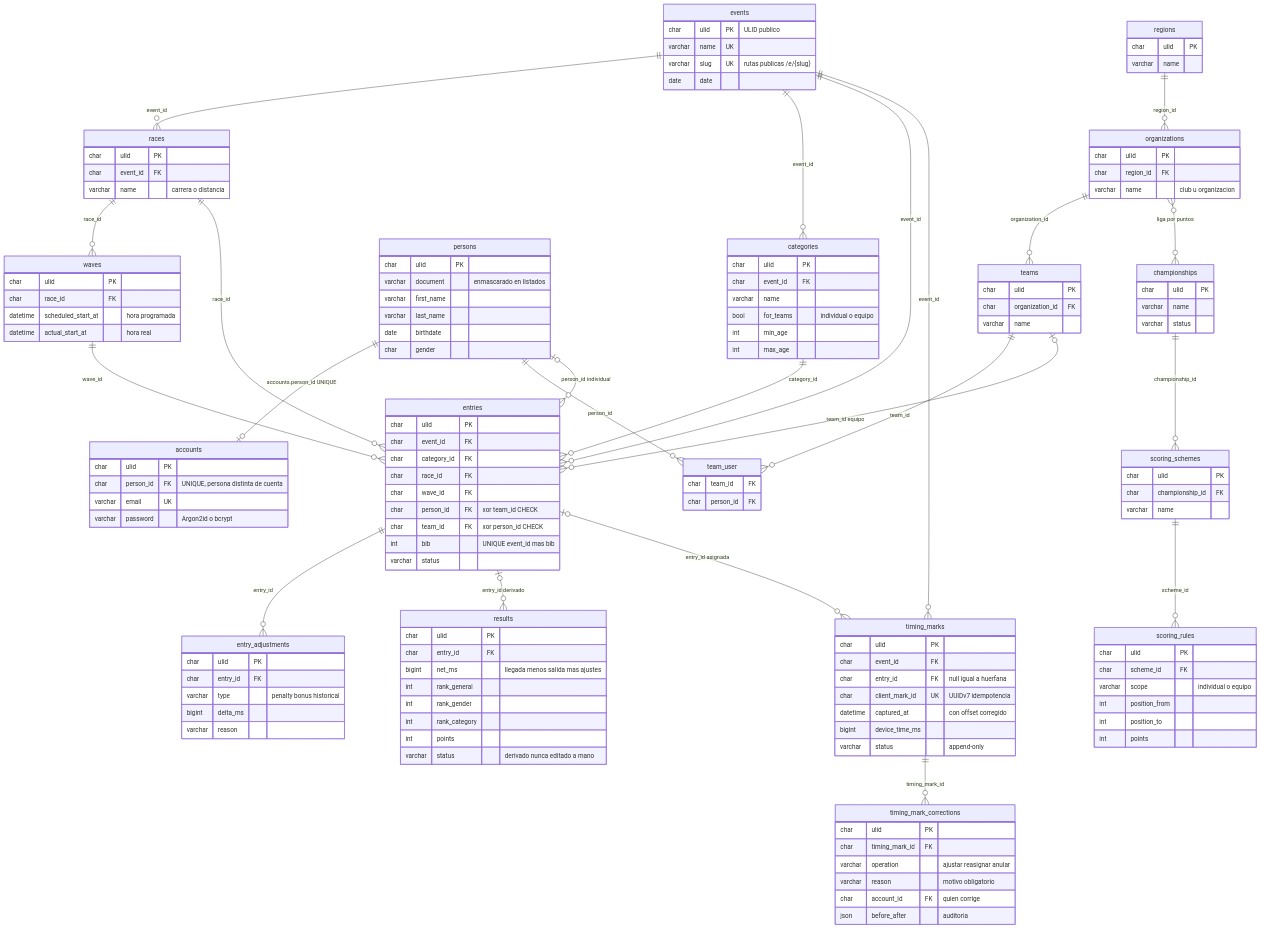
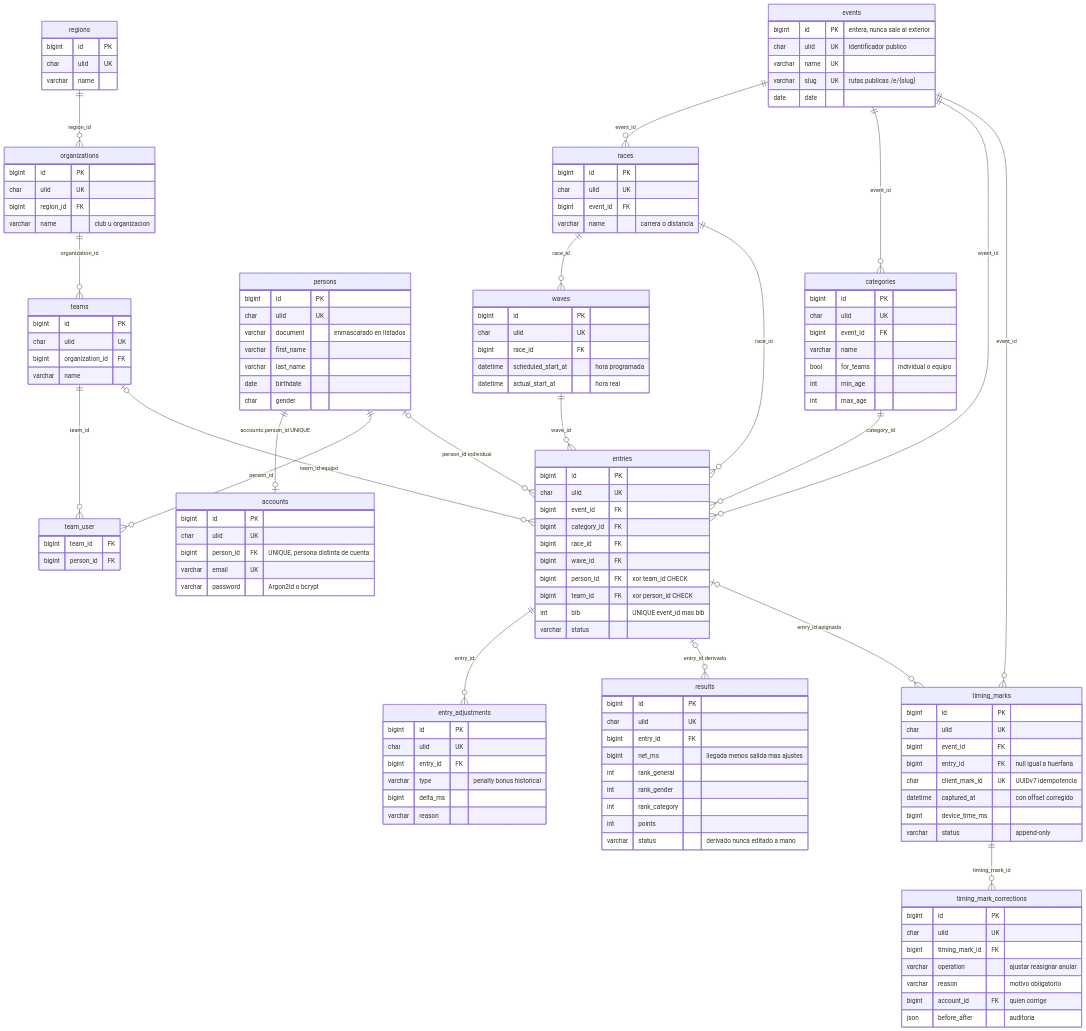
One commit to oscarescalando/AI4Devs-finalproject changed the third of 4 diagrams in readme.md. Above: the diagram before and after it, drawn with Mermaid. The commit also changed other lines of this file and 2 other files, not shown here.

First line of the commit message:
docs: corrige alcance, modelo y api según feedback

````diff
--- a/readme.md
+++ b/readme.md
@@ -236,7 +271,6 @@
 erDiagram
     regions ||--o{ organizations : "region_id"
     organizations ||--o{ teams : "organization_id"
-    organizations }o--o{ championships : "liga por puntos"
     persons ||--o| accounts : "accounts.person_id UNIQUE"
     persons ||--o{ team_user : "person_id"
     teams ||--o{ team_user : "team_id"
@@ -254,36 +288,39 @@
     entries |o--o{ results : "entry_id derivado"
     entries |o--o{ timing_marks : "entry_id asignada"
     timing_marks ||--o{ timing_mark_corrections : "timing_mark_id"
-    championships ||--o{ scoring_schemes : "championship_id"
-    scoring_schemes ||--o{ scoring_rules : "scheme_id"
 
     events {
-        char ulid PK "ULID publico"
+        bigint id PK "entera, nunca sale al exterior"
+        char ulid UK "identificador publico"
         varchar name UK
         varchar slug UK "rutas publicas /e/{slug}"
         date date
     }
     races {
-        char ulid PK
-        char event_id FK
+        bigint id PK
+        char ulid UK
+        bigint event_id FK
         varchar name "carrera o distancia"
     }
     waves {
-        char ulid PK
-        char race_id FK
+        bigint id PK
+        char ulid UK
+        bigint race_id FK
         datetime scheduled_start_at "hora programada"
         datetime actual_start_at "hora real"
     }
     categories {
-        char ulid PK
-        char event_id FK
+        bigint id PK
+        char ulid UK
+        bigint event_id FK
         varchar name
         bool for_teams "individual o equipo"
         int min_age
         int max_age
     }
     persons {
-        char ulid PK
+        bigint id PK
+        char ulid UK
         varchar document "enmascarado en listados"
         varchar first_name
         varchar last_name
@@ -291,67 +328,76 @@
         char gender
     }
     accounts {
-        char ulid PK
-        char person_id FK "UNIQUE, persona distinta de cuenta"
+        bigint id PK
+        char ulid UK
+        bigint person_id FK "UNIQUE, persona distinta de cuenta"
         varchar email UK
         varchar password "Argon2id o bcrypt"
     }
     organizations {
-        char ulid PK
-        char region_id FK
+        bigint id PK
+        char ulid UK
+        bigint region_id FK
         varchar name "club u organizacion"
     }
     regions {
-        char ulid PK
+        bigint id PK
+        char ulid UK
         varchar name
     }
     teams {
-        char ulid PK
-        char organization_id FK
+        bigint id PK
+        char ulid UK
+        bigint organization_id FK
         varchar name
     }
     team_user {
-        char team_id FK
-        char person_id FK
+        bigint team_id FK
+        bigint person_id FK
     }
     entries {
-        char ulid PK
-        char event_id FK
-        char category_id FK
-        char race_id FK
-        char wave_id FK
-        char person_id FK "xor team_id CHECK"
-        char team_id FK "xor person_id CHECK"
+        bigint id PK
+        char ulid UK
+        bigint event_id FK
+        bigint category_id FK
+        bigint race_id FK
+        bigint wave_id FK
+        bigint person_id FK "xor team_id CHECK"
+        bigint team_id FK "xor person_id CHECK"
         int bib "UNIQUE event_id mas bib"
         varchar status
     }
     entry_adjustments {
-        char ulid PK
-        char entry_id FK
+        bigint id PK
+        char ulid UK
+        bigint entry_id FK
         varchar type "penalty bonus historical"
         bigint delta_ms
         varchar reason
     }
     timing_marks {
-        char ulid PK
-        char event_id FK
-        char entry_id FK "null igual a huerfana"
+        bigint id PK
+        char ulid UK
+        bigint event_id FK
+        bigint entry_id FK "null igual a huerfana"
         char client_mark_id UK "UUIDv7 idempotencia"
         datetime captured_at "con offset corregido"
         bigint device_time_ms
         varchar status "append-only"
     }
     timing_mark_corrections {
-        char ulid PK
-        char timing_mark_id FK
+        bigint id PK
+        char ulid UK
+        bigint timing_mark_id FK
         varchar operation "ajustar reasignar anular"
         varchar reason "motivo obligatorio"
-        char account_id FK "quien corrige"
+        bigint account_id FK "quien corrige"
         json before_after "auditoria"
     }
     results {
-        char ulid PK
-        char entry_id FK
+        bigint id PK
+        char ulid UK
+        bigint entry_id FK
         bigint net_ms "llegada menos salida mas ajustes"
         int rank_general
         int rank_gender
@@ -359,22 +405,4 @@
         int points
         varchar status "derivado nunca editado a mano"
     }
-    championships {
-        char ulid PK
-        varchar name
-        varchar status
-    }
-    scoring_schemes {
-        char ulid PK
-        char championship_id FK
-        varchar name
-    }
-    scoring_rules {
-        char ulid PK
-        char scheme_id FK
-        varchar scope "individual o equipo"
-        int position_from
-        int position_to
-        int points
-    }
 ```
````
